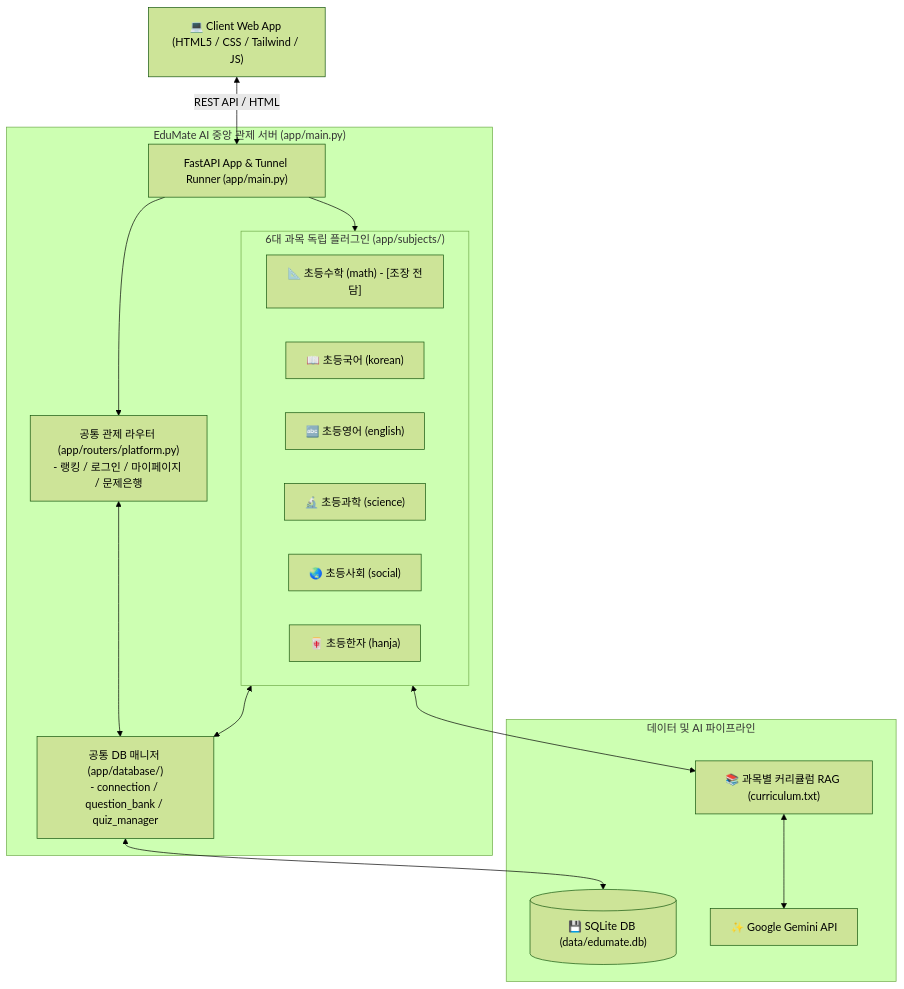
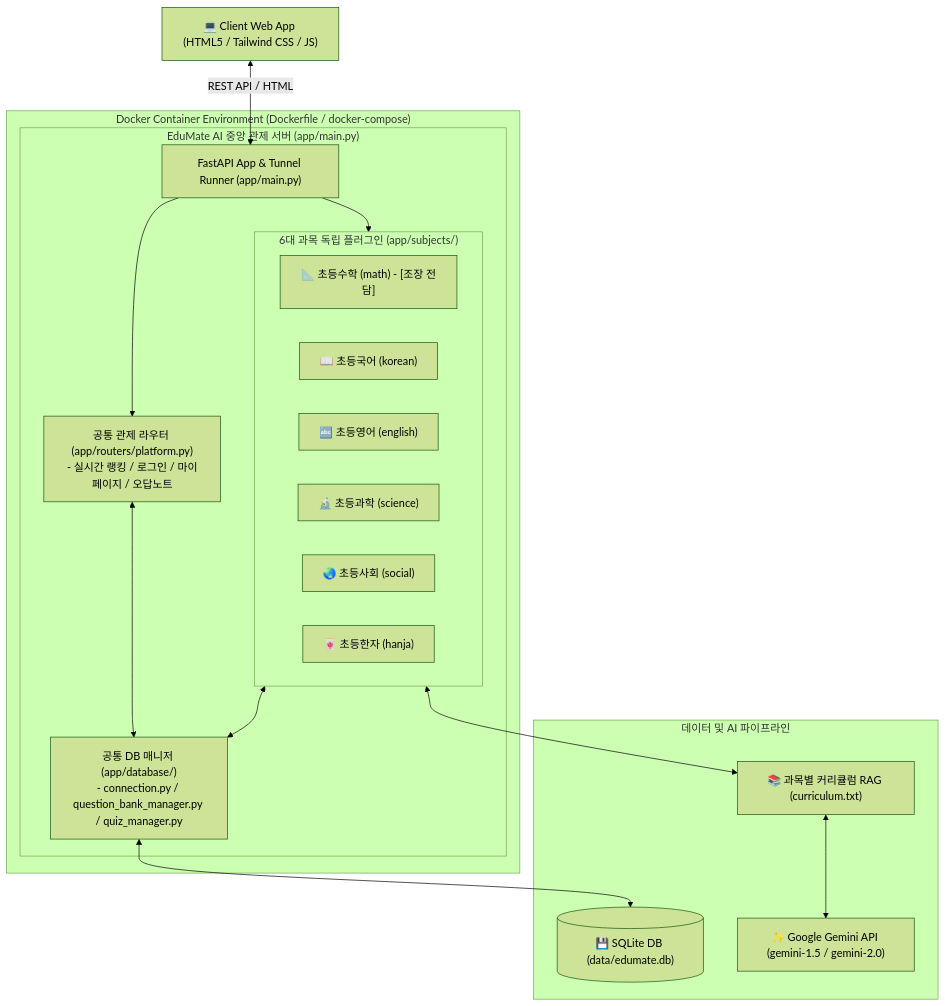
Before and after one commit to harjanne0322/-AIS_TEAM-EdumateAI: the diagram in README.md, drawn with Mermaid (forest theme). The commit also changed other lines of this file and 5 other files, not shown here.

Commit message:
docs: Update README with comprehensive architecture and sync latest math/platform updates

````diff
--- a/README.md
+++ b/README.md
@@ -23,34 +24,36 @@
 ```mermaid
 flowchart TD
-    Client["💻 Client Web App (HTML5 / CSS / Tailwind / JS)"]
+    Client["💻 Client Web App (HTML5 / Tailwind CSS / JS)"]
 
-    subgraph PortalBackend ["EduMate AI 중앙 관제 서버 (app/main.py)"]
-        MainRunner["FastAPI App & Tunnel Runner (app/main.py)"]
-        PlatformRouter["공통 관제 라우터 (app/routers/platform.py)<br>- 랭킹 / 로그인 / 마이페이지 / 문제은행"]
-        DBManager["공통 DB 매니저 (app/database/)<br>- connection / question_bank / quiz_manager"]
-        
-        subgraph SubjectPlugins ["6대 과목 독립 플러그인 (app/subjects/)"]
-            Math["📐 초등수학 (math) - [조장 전담]"]
-            Korean["📖 초등국어 (korean)"]
-            English["🔤 초등영어 (english)"]
-            Science["🔬 초등과학 (science)"]
-            Social["🌏 초등사회 (social)"]
-            Hanja["🀄 초등한자 (hanja)"]
+    subgraph DockerEnv ["Docker Container Environment (Dockerfile / docker-compose)"]
+        subgraph PortalBackend ["EduMate AI 중앙 관제 서버 (app/main.py)"]
+            MainRunner["FastAPI App & Tunnel Runner (app/main.py)"]
+            PlatformRouter["공통 관제 라우터 (app/routers/platform.py)<br>- 실시간 랭킹 / 로그인 / 마이페이지 / 오답노트"]
+            DBManager["공통 DB 매니저 (app/database/)<br>- connection.py / question_bank_manager.py / quiz_manager.py"]
+            
+            subgraph SubjectPlugins ["6대 과목 독립 플러그인 (app/subjects/)"]
+                Math["📐 초등수학 (math) - [조장 전담]"]
+                Korean["📖 초등국어 (korean)"]
+                English["🔤 초등영어 (english)"]
+                Science["🔬 초등과학 (science)"]
+                Social["🌏 초등사회 (social)"]
+                Hanja["🀄 초등한자 (hanja)"]
+            end
         end
     end
 
     subgraph StorageAI ["데이터 및 AI 파이프라인"]
         LocalDB[("💾 SQLite DB (data/edumate.db)")]
-        GeminiAPI["✨ Google Gemini API"]
+        GeminiAPI["✨ Google Gemini API (gemini-1.5 / gemini-2.0)"]
         Curriculum["📚 과목별 커리큘럼 RAG (curriculum.txt)"]
     end
 
     Client <-->|REST API / HTML| MainRunner
     MainRunner --> PlatformRouter
     MainRunner --> SubjectPlugins
     PlatformRouter <--> DBManager
     SubjectPlugins <--> DBManager
     DBManager <--> LocalDB
     SubjectPlugins <--> Curriculum
     Curriculum <--> GeminiAPI
 ```
````
